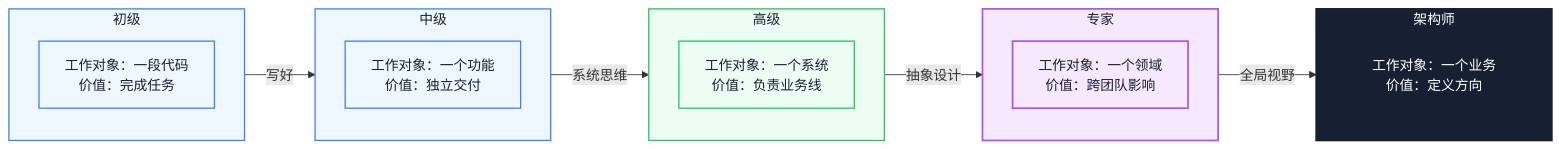
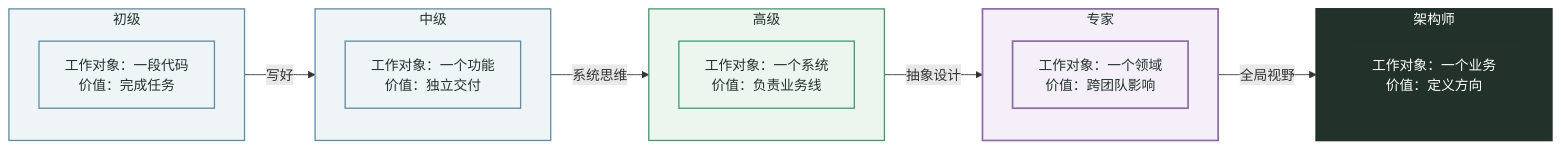
One commit to Fatejian/frontier-vault changed the first of 3 diagrams in docs/career/growth-path.md. Above: the diagram before and after it, drawn with Mermaid. The commit also changed other lines of this file and 63 other files, not shown here.

````diff
--- a/docs/career/growth-path.md
+++ b/docs/career/growth-path.md
@@ -49,37 +49,37 @@
 ```mermaid
 flowchart LR
     subgraph Stage1["初级"]
         S1["工作对象：一段代码<br/>价值：完成任务"]
     end
 
     subgraph Stage2["中级"]
         S2["工作对象：一个功能<br/>价值：独立交付"]
     end
 
     subgraph Stage3["高级"]
         S3["工作对象：一个系统<br/>价值：负责业务线"]
     end
 
     subgraph Stage4["专家"]
         S4["工作对象：一个领域<br/>价值：跨团队影响"]
     end
 
     subgraph Stage5["架构师"]
         S5["工作对象：一个业务<br/>价值：定义方向"]
     end
 
     Stage1 -->|写好| Stage2
     Stage2 -->|系统思维| Stage3
     Stage3 -->|抽象设计| Stage4
     Stage4 -->|全局视野| Stage5
 
-    classDef wait fill:#EEF6FF,stroke:#3B82F6,color:#172033,stroke-width:1.5px;
-    classDef work fill:#ECFDF3,stroke:#22C55E,color:#172033,stroke-width:1.5px;
-    classDef metric fill:#F5E8FF,stroke:#A855F7,color:#172033,stroke-width:2px;
-    classDef core fill:#172033,color:#fff,stroke:#172033,stroke-width:2px;
+    classDef wait fill:#EFF5F7,stroke:#5B8CA8,color:#22322B,stroke-width:1.5px;
+    classDef work fill:#EDF5EF,stroke:#3E9B6B,color:#22322B,stroke-width:1.5px;
+    classDef metric fill:#F4EFF8,stroke:#8E6BA8,color:#22322B,stroke-width:2px;
+    classDef core fill:#22322B,color:#fff,stroke:#22322B,stroke-width:2px;
 
     class Stage1,S1,Stage2,S2 wait;
     class Stage3,S3 work;
     class Stage4,S4 metric;
     class Stage5,S5 core;
 ```
````
